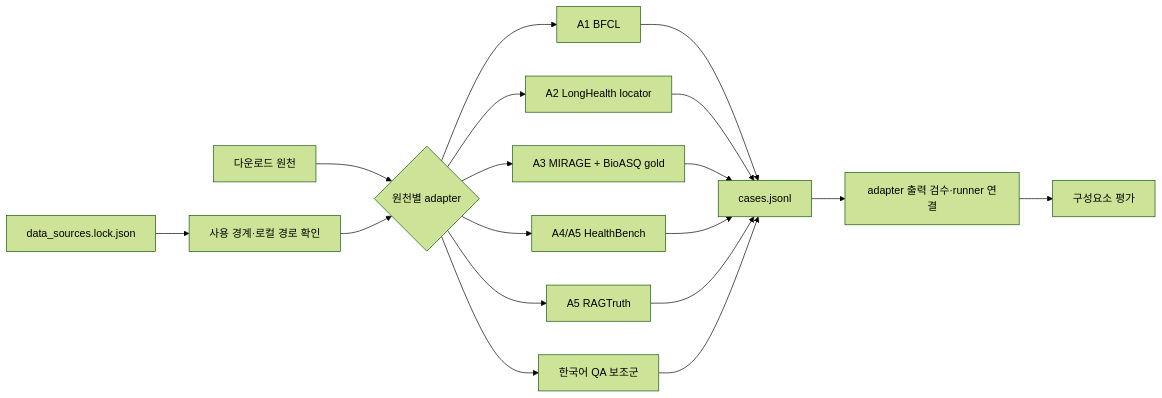
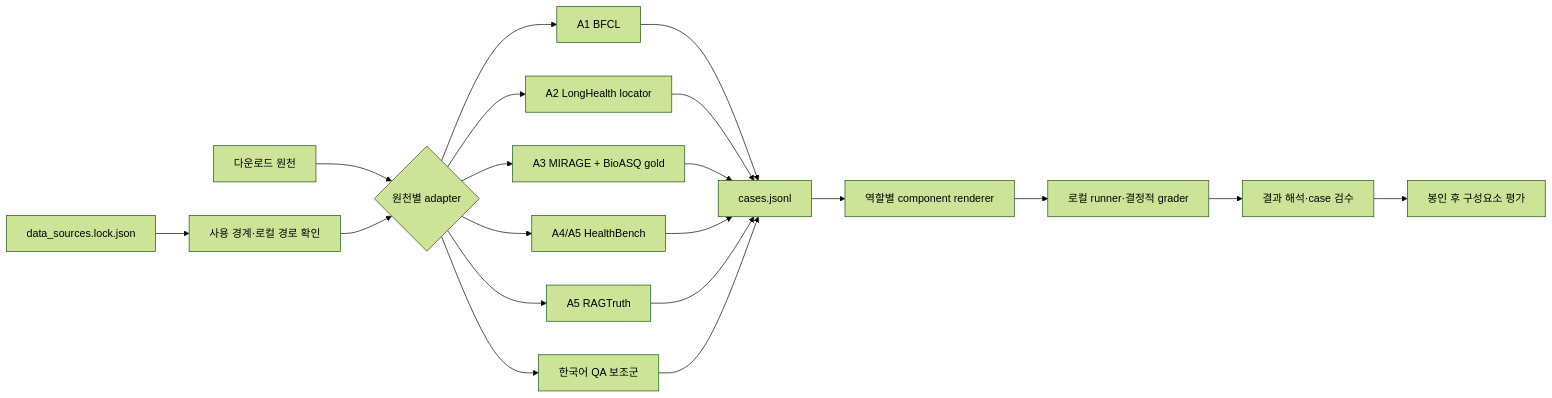
One commit to Chun-Jihun/care_app changed the diagram in docs/evaluation_source_adapters.md. Above: the diagram before and after it, drawn with Mermaid (forest theme). The commit also changed other lines of this file and 10 other files, not shown here.

````diff
--- a/docs/evaluation_source_adapters.md
+++ b/docs/evaluation_source_adapters.md
@@ -36,20 +37,22 @@
 ```mermaid
 flowchart LR
     LOCK[data_sources.lock.json] --> CHECK[사용 경계·로컬 경로 확인]
     RAW[다운로드 원천] --> ADAPT{원천별 adapter}
     CHECK --> ADAPT
     ADAPT --> BFCL[A1 BFCL]
     ADAPT --> LH[A2 LongHealth locator]
     ADAPT --> MIR[A3 MIRAGE + BioASQ gold]
     ADAPT --> HB[A4/A5 HealthBench]
     ADAPT --> RT[A5 RAGTruth]
     ADAPT --> KO[한국어 QA 보조군]
     BFCL --> CASES[cases.jsonl]
     LH --> CASES
     MIR --> CASES
     HB --> CASES
     RT --> CASES
     KO --> CASES
-    CASES --> REVIEW[adapter 출력 검수·runner 연결]
-    REVIEW --> EVAL[구성요소 평가]
+    CASES --> RENDER[역할별 component renderer]
+    RENDER --> RUN[로컬 runner·결정적 grader]
+    RUN --> REVIEW[결과 해석·case 검수]
+    REVIEW --> EVAL[봉인 후 구성요소 평가]
 ```
````
